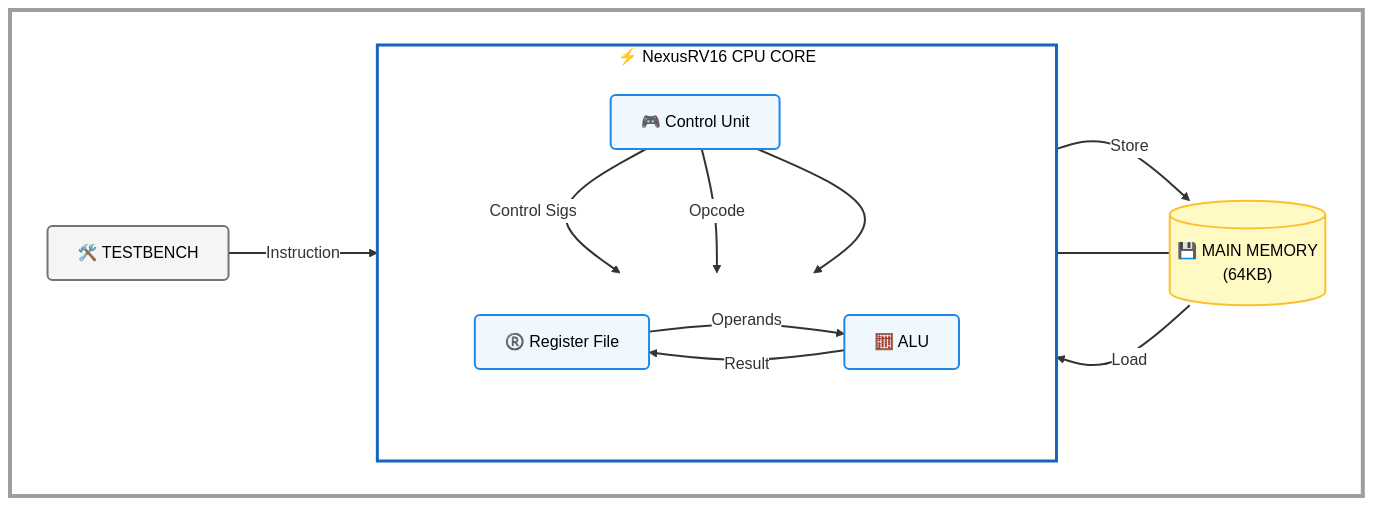
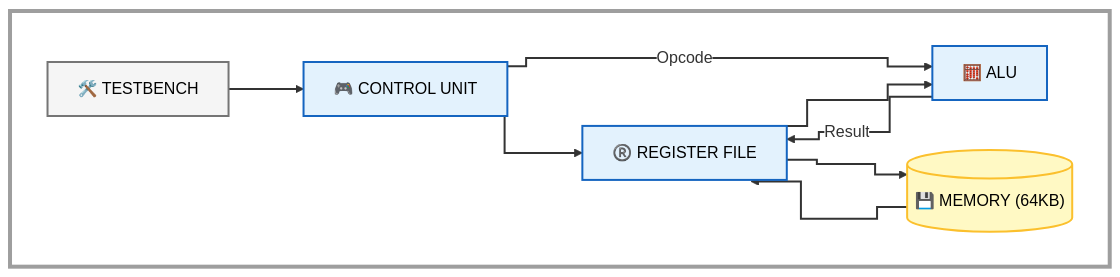
The diagram in README.md (musakartalengin/NexusRV16), drawn with Mermaid before and after one commit.

Commit message:
Switch to orthogonal layout for classic clean look

````diff
--- a/README.md
+++ b/README.md
@@ -15,76 +15,52 @@
 ```mermaid
-%%{init: {'theme': 'base', 'themeVariables': { 'edgeLabelBackground': '#ffffff', 'tertiaryColor': '#ffffff', 'primaryColor': '#ffffff'}}}%%
+%%{init: {'theme': 'base', 'themeVariables': { 'primaryColor': '#ffffff', 'edgeLabelBackground': '#ffffff', 'tertiaryColor': '#ffffff'}}}%%
 graph LR
     %% =========================================================
-    %% TEMA: YATAY DÜZEN (Temiz Beyaz Arka Plan)
+    %% TEMA: KLASİK DEVRE ŞEMASI (Köşeli Hatlar)
     %% =========================================================
-    linkStyle default interpolate basis stroke:#333333,stroke-width:2px;
+    linkStyle default interpolate step stroke:#333333,stroke-width:2px;
 
     %% BEYAZ TUVAL KAPSAYICISI
     subgraph CANVAS [ <br/> ]
         direction LR
 
         %% 🎨 RENK PALETİ
         classDef canvas fill:#ffffff,stroke:#333333,stroke-width:2px;
-        classDef block fill:#f0f8ff,stroke:#1e88e5,stroke-width:2px,color:#000000,rx:5,ry:5;
+        classDef block fill:#e3f2fd,stroke:#1565c0,stroke-width:2px,color:#000000,rx:0,ry:0;
         classDef memory fill:#fff9c4,stroke:#fbc02d,stroke-width:2px,color:#000000,rx:0,ry:0;
-        classDef external fill:#f5f5f5,stroke:#757575,stroke-width:2px,color:#000000,rx:5,ry:5;
+        classDef external fill:#f5f5f5,stroke:#757575,stroke-width:2px,color:#000000,rx:0,ry:0;
 
         %% =====================================================
-        %% 1. SOL: TEST ORTAMI
+        %% BİLEŞENLER
         %% =====================================================
         TB["🛠️ TESTBENCH"]:::external
+        CTRL["🎮 CONTROL UNIT"]:::block
+        REGS["®️ REGISTER FILE"]:::block
+        ALU["🧮 ALU"]:::block
+        RAM[("💾 MEMORY (64KB)")]:::memory
 
         %% =====================================================
-        %% 2. ORTA: PROCESOR ÇEKİRDEĞİ
-        %% =====================================================
-        subgraph CPU_FRAME [⚡ NexusRV16 CPU CORE]
-            direction TB
-            
-            CTRL["🎮 Control Unit"]:::block
-            
-            %% Datapath'i yatayda hizala
-            subgraph DP_LAYER [ ]
-                direction LR
-                REGS["®️ Register File"]:::block
-                ALU["🧮 ALU"]:::block
-            end
-            
-            %% Hiyerarşi: Kontrol üstte, Datapath altta
-            CTRL --> DP_LAYER
-        end
-
-        %% =====================================================
-        %% 3. SAĞ: BELLEK (Yan hizada)
-        %% =====================================================
-        RAM[("💾 MAIN MEMORY<br/>(64KB)")]:::memory
-
-        %% =====================================================
-        %% BAĞLANTILAR
+        %% BAĞLANTILAR (Kesişmesiz Sıralı Akış)
         %% =====================================================
         
-        %% Testbench -> Control
-        TB == "Instruction" ==> CTRL
+        %% 1. Testbench -> Control
+        TB ==> CTRL
 
-        %% Control Sinyalleri (Temiz Dağılım)
-        CTRL -- "Control Sigs" --> REGS
-        CTRL -- "Opcode" --> ALU
-        
-        %% ALU işlem döngüsü
-        REGS -- "Operands" --> ALU
-        ALU -- "Result" --> REGS
+        %% 2. Control -> Register & ALU
+        CTRL ==> REGS
+        CTRL -- Opcode --> ALU
 
-        %% RAM Bağlantısı (Kesişmeyi Önleyen Rota)
-        REGS ==>|Store| RAM
-        RAM ==>|Load| REGS
+        %% 3. Register <-> ALU
+        REGS ==> ALU
+        ALU -- Result --> REGS
 
-        %% Hizalama: RAM'i DP_LAYER ile hizala
-        DP_LAYER ~~~ RAM
+        %% 4. Register <-> RAM (Memory Access)
+        REGS ==> RAM
+        RAM ==> REGS
+
     end
     
     %% STİL
     style CANVAS fill:#ffffff,stroke:#9e9e9e,stroke-width:4px
-    style CPU_FRAME fill:#ffffff,stroke:#1565c0,stroke-width:3px,color:#000000
-    style DP_LAYER fill:none,stroke:none
 
 ```
````
